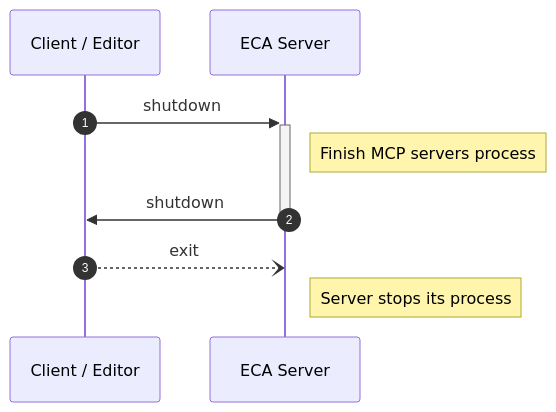
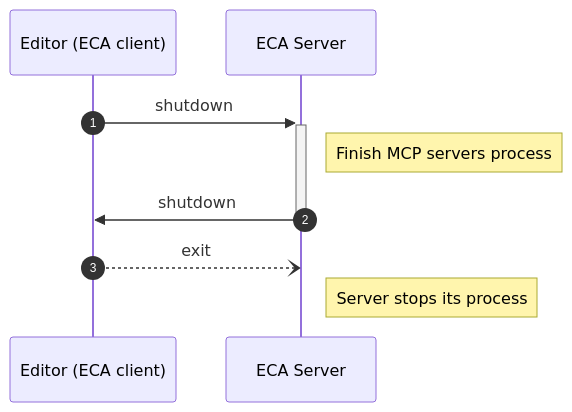
Before and after one commit to editor-code-assistant/eca: the second of 4 diagrams in docs/protocol.md, drawn with Mermaid. The commit also changed other lines of this file, not shown here.

````diff
--- a/docs/protocol.md
+++ b/docs/protocol.md
@@ -78,11 +78,11 @@
     ```mermaid
     sequenceDiagram
         autonumber
-        participant C as Client / Editor
+        participant C as Editor (ECA client)
         participant S as ECA Server
         C->>+S: shutdown
         Note right of S: Finish MCP servers process
         S->>-C: shutdown
         C--)S: exit
         Note right of S: Server stops its process
     ```
````
